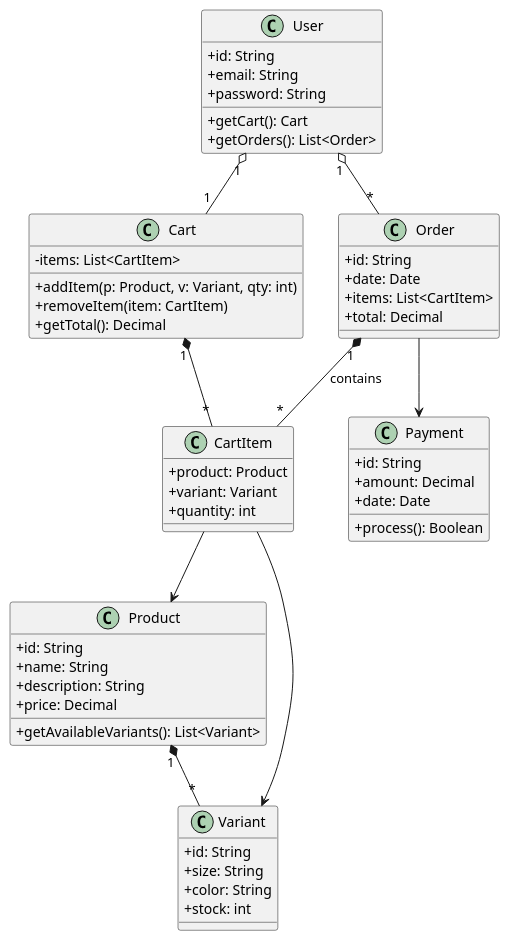
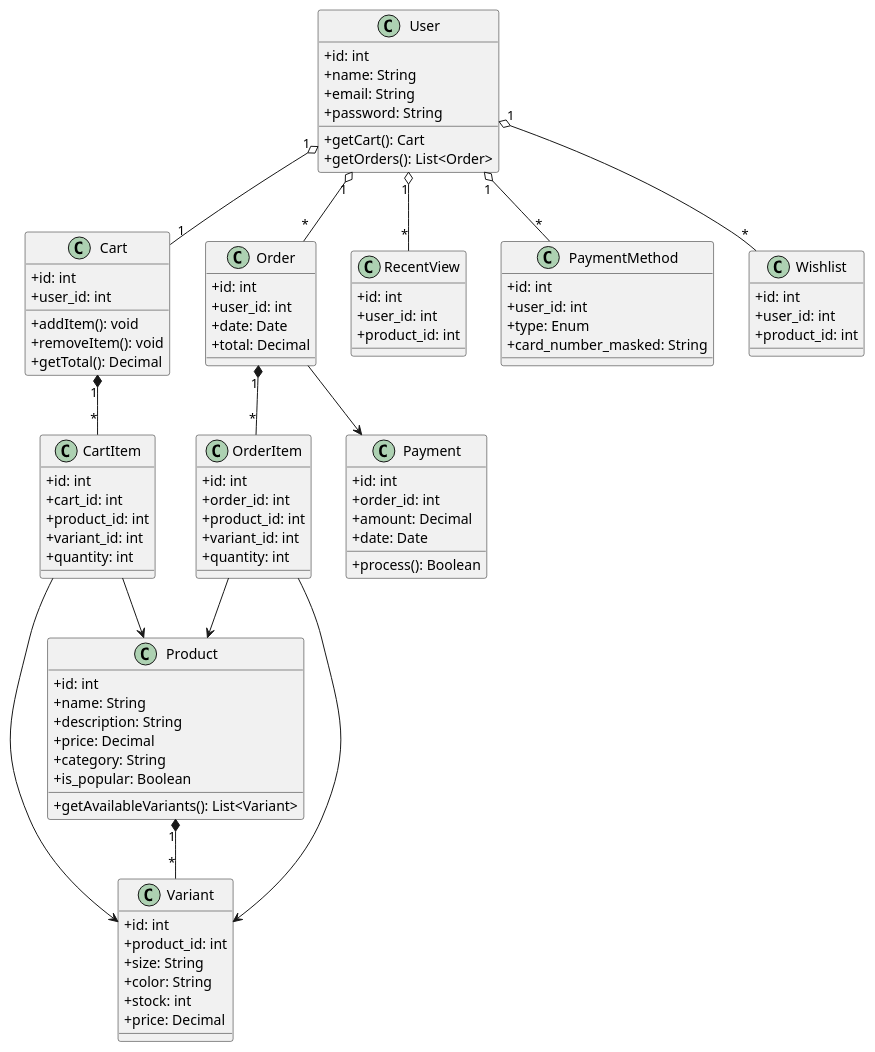
The diagram in B_Technique/Conception/diagramme_des_classes.plantuml (samir20-23/Dev_Adidas), drawn with PlantUML before and after one commit. The commit also changed 57 other files, not shown here.

```diff
--- a/B_Technique/Conception/diagramme_des_classes.plantuml
+++ b/B_Technique/Conception/diagramme_des_classes.plantuml
@@ -1,64 +1,105 @@
 @startuml diagramme_des_classes.plantuml
 skinparam classAttributeIconSize 0
 
-class Product {
-  +id: String
+class User {
+  +id: int
   +name: String
-  +description: String
-  +price: Decimal
-  +getAvailableVariants(): List<Variant>
-}
-
-class Variant {
-  +id: String
-  +size: String
-  +color: String
-  +stock: int
-}
-
-class Cart {
-  -items: List<CartItem>
-  +addItem(p: Product, v: Variant, qty: int)
-  +removeItem(item: CartItem)
-  +getTotal(): Decimal
-}
-
-class CartItem {
-  +product: Product
-  +variant: Variant
-  +quantity: int
-}
-
-class User {
-  +id: String
   +email: String
   +password: String
   +getCart(): Cart
   +getOrders(): List<Order>
 }
 
+class Product {
+  +id: int
+  +name: String
+  +description: String
+  +price: Decimal
+  +category: String
+  +is_popular: Boolean
+  +getAvailableVariants(): List<Variant>
+}
+
+class Variant {
+  +id: int
+  +product_id: int
+  +size: String
+  +color: String
+  +stock: int
+  +price: Decimal
+}
+
+class Cart {
+  +id: int
+  +user_id: int
+  +addItem(): void
+  +removeItem(): void
+  +getTotal(): Decimal
+}
+
+class CartItem {
+  +id: int
+  +cart_id: int
+  +product_id: int
+  +variant_id: int
+  +quantity: int
+}
+
 class Order {
-  +id: String
+  +id: int
+  +user_id: int
   +date: Date
-  +items: List<CartItem>
   +total: Decimal
 }
 
+class OrderItem {
+  +id: int
+  +order_id: int
+  +product_id: int
+  +variant_id: int
+  +quantity: int
+}
+
 class Payment {
-  +id: String
+  +id: int
+  +order_id: int
   +amount: Decimal
   +date: Date
   +process(): Boolean
 }
 
+class RecentView {
+  +id: int
+  +user_id: int
+  +product_id: int
+}
+
+class PaymentMethod {
+  +id: int
+  +user_id: int
+  +type: Enum
+  +card_number_masked: String
+}
+
+class Wishlist {
+  +id: int
+  +user_id: int
+  +product_id: int
+}
+
+User "1" o-- "1" Cart
+User "1" o-- "*" Order
+User "1" o-- "*" Wishlist
+User "1" o-- "*" RecentView
+User "1" o-- "*" PaymentMethod
+
 Product "1" *-- "*" Variant
-
 Cart "1" *-- "*" CartItem
 CartItem --> Product
 CartItem --> Variant
+Order "1" *-- "*" OrderItem
+OrderItem --> Product
+OrderItem --> Variant
+Order --> Payment
 
-User "1" o-- "1" Cart
-User "1" o-- "*" Order
-Order "1" *-- "*" CartItem : contains
-Order --> Payment
 @enduml
```
